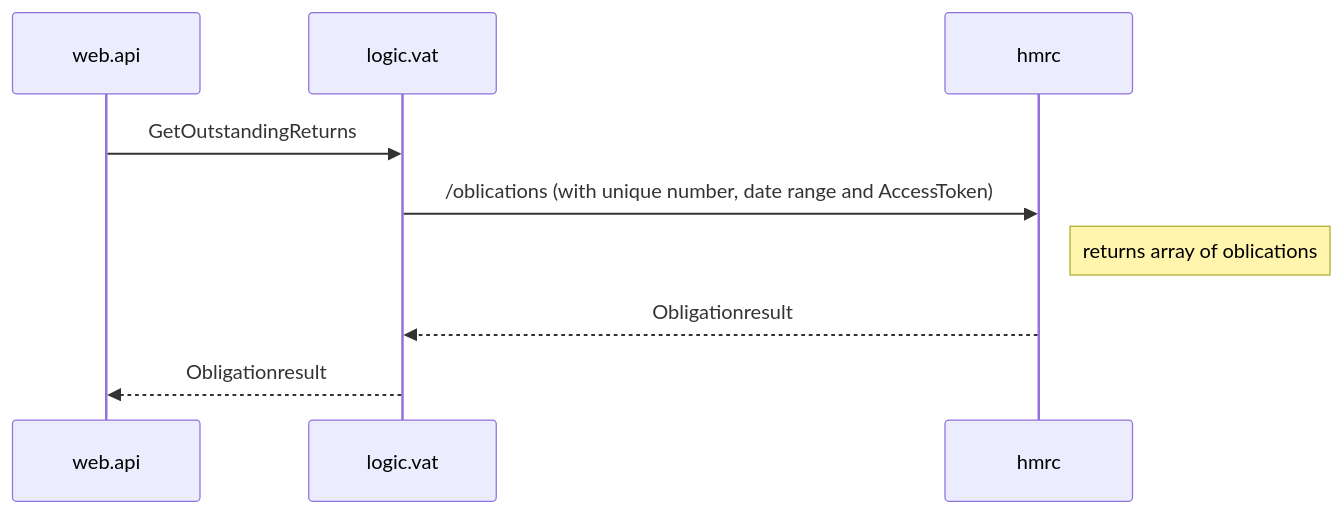
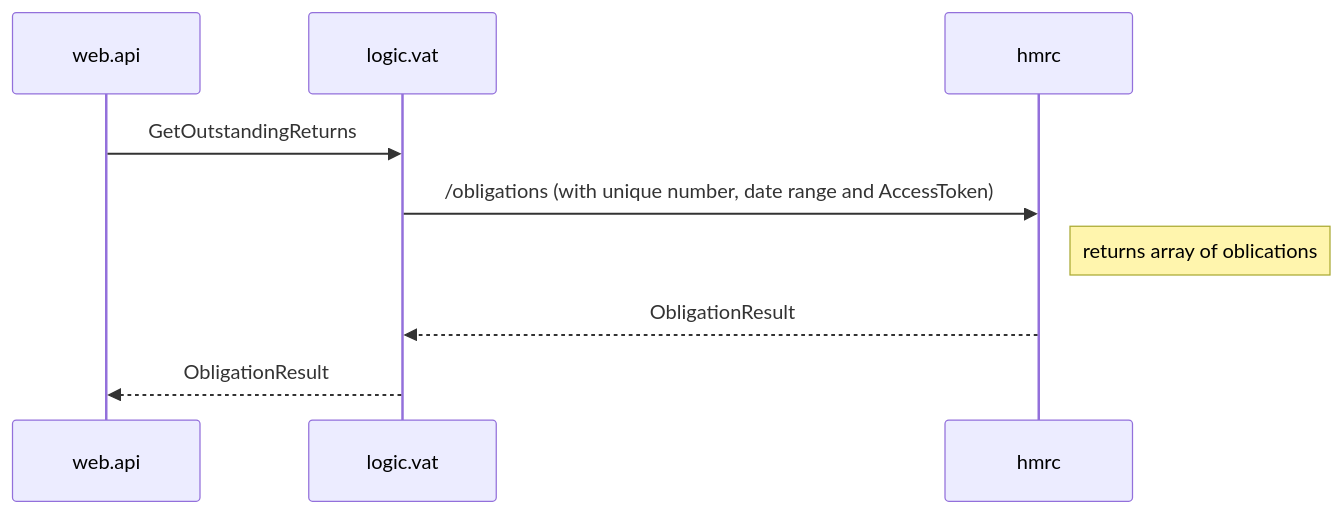
The third of 5 diagrams in README.md (Pierre-Avenant-CP/TAX), drawn with Mermaid before and after one commit.

````diff
--- a/README.md
+++ b/README.md
@@ -66,12 +66,12 @@
 ```mermaid
 sequenceDiagram
     participant web.api
     participant logic.vat
     participant hmrc
 
     web.api->>logic.vat : GetOutstandingReturns
-    logic.vat ->> hmrc : /oblications (with unique number, date range and AccessToken)
+    logic.vat ->> hmrc : /obligations (with unique number, date range and AccessToken)
     Note Right of hmrc: returns array of oblications
-    hmrc-->>logic.vat : Obligationresult
-    logic.vat-->>web.api : Obligationresult
+    hmrc-->>logic.vat : ObligationResult
+    logic.vat-->>web.api : ObligationResult
 ```
````
